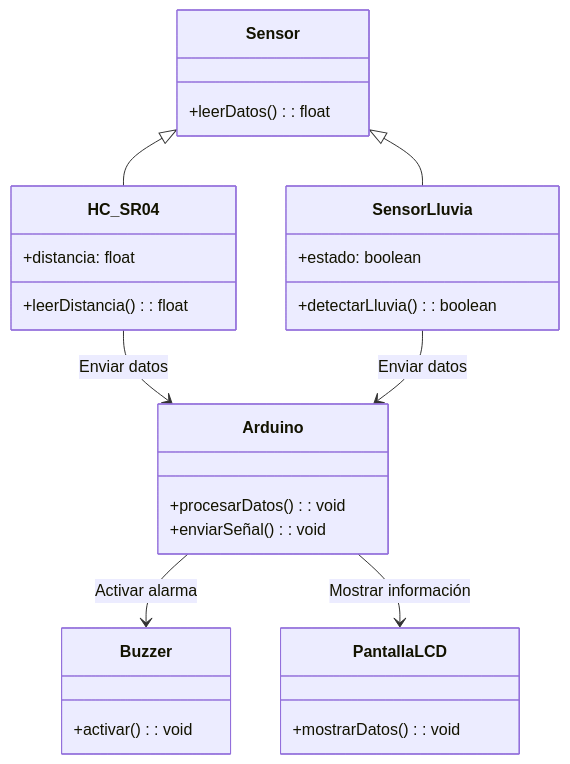
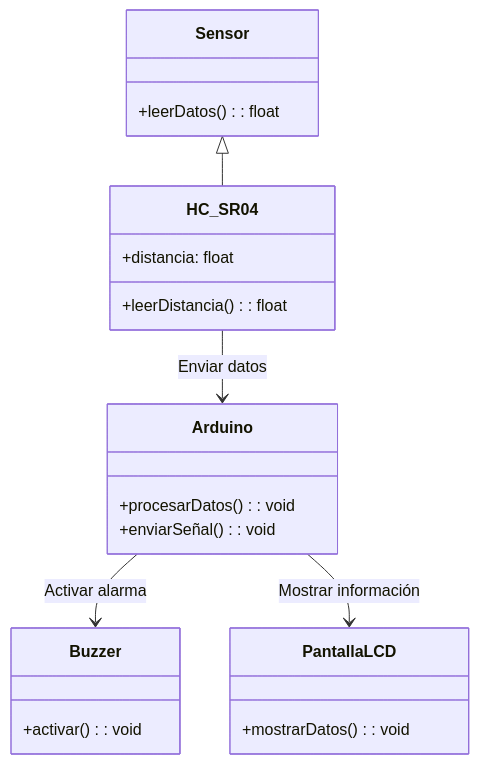
Before and after one commit to JohnRojas06289/IOT2025: the second of 3 diagrams in README.md, drawn with Mermaid.

Commit message:
Updated class diagram README.md

````diff
--- a/README.md
+++ b/README.md
@@ -84,38 +84,31 @@
 ```mermaid
 
 classDiagram
     class Sensor {
         +leerDatos(): float
     }
     
     class HC_SR04 {
         +distancia: float
         +leerDistancia(): float
-    }
-    
-    class SensorLluvia {
-        +estado: boolean
-        +detectarLluvia(): boolean
     }
     
     class Arduino {
         +procesarDatos(): void
         +enviarSeñal(): void
     }
     
     class Buzzer {
         +activar(): void
     }
     
     class PantallaLCD {
         +mostrarDatos(): void
     }
     
     Sensor <|-- HC_SR04
-    Sensor <|-- SensorLluvia
     HC_SR04 --> Arduino : Enviar datos
-    SensorLluvia --> Arduino : Enviar datos
     Arduino --> Buzzer : Activar alarma
     Arduino --> PantallaLCD : Mostrar información
 
 ```
````
